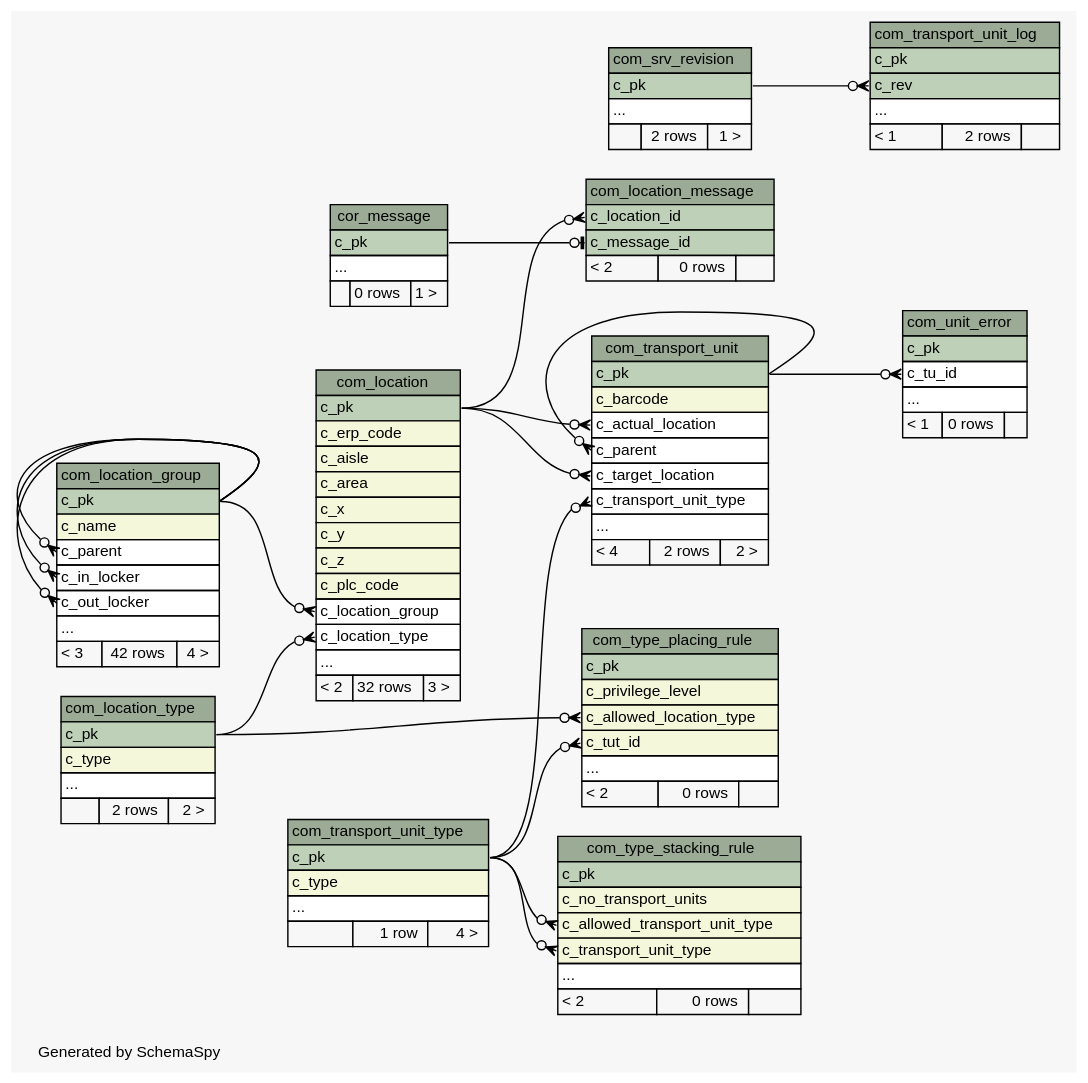
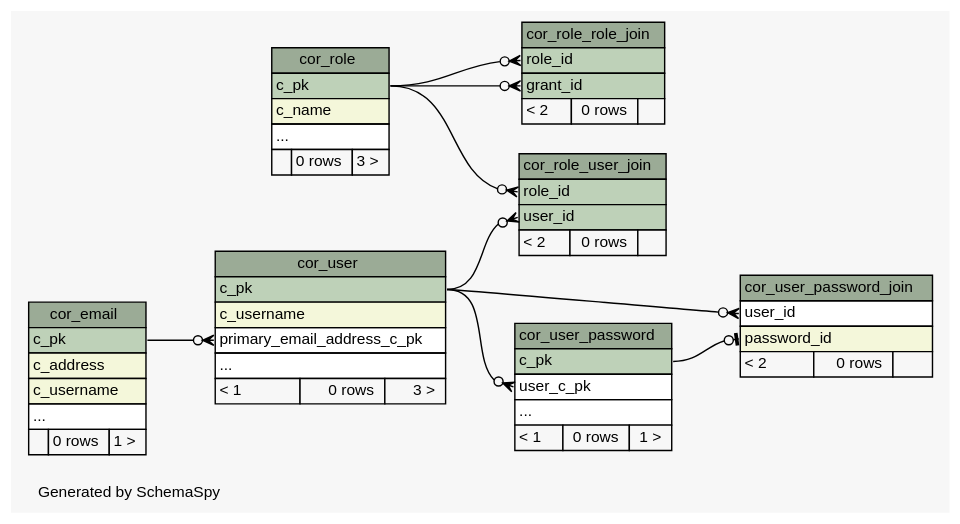
One commit to openwms/org.openwms.core.uaa changed the diagram in schemaspy/diagrams/summary/relationships.real.compact.dot. Above: the diagram before and after it, drawn with Graphviz. The commit also changed 371 other files, not shown here.

```diff
--- a/schemaspy/diagrams/summary/relationships.real.compact.dot
+++ b/schemaspy/diagrams/summary/relationships.real.compact.dot
@@ -1,4 +1,4 @@
-// dot 2.40.1 on Mac OS X 10.14.6
+// dot 2.36.0 on Linux 4.4.0-101-generic
 // SchemaSpy rev Unknown
 digraph "compactRelationshipsDiagram" {
   graph [
@@ -19,181 +19,95 @@
   edge [
     arrowsize="0.8"
   ];
-  "com_location" [
+  "cor_email" [
     label=<
     <TABLE BORDER="0" CELLBORDER="1" CELLSPACING="0" BGCOLOR="#ffffff">
-      <TR><TD COLSPAN="3" BGCOLOR="#9bab96" ALIGN="CENTER">com_location</TD></TR>
+      <TR><TD COLSPAN="3" BGCOLOR="#9bab96" ALIGN="CENTER">cor_email</TD></TR>
       <TR><TD PORT="c_pk" COLSPAN="3" BGCOLOR="#bed1b8" ALIGN="LEFT">c_pk</TD></TR>
-      <TR><TD PORT="c_erp_code" COLSPAN="3" BGCOLOR="#f4f7da" ALIGN="LEFT">c_erp_code</TD></TR>
-      <TR><TD PORT="c_aisle" COLSPAN="3" BGCOLOR="#f4f7da" ALIGN="LEFT">c_aisle</TD></TR>
-      <TR><TD PORT="c_area" COLSPAN="3" BGCOLOR="#f4f7da" ALIGN="LEFT">c_area</TD></TR>
-      <TR><TD PORT="c_x" COLSPAN="3" BGCOLOR="#f4f7da" ALIGN="LEFT">c_x</TD></TR>
-      <TR><TD PORT="c_y" COLSPAN="3" BGCOLOR="#f4f7da" ALIGN="LEFT">c_y</TD></TR>
-      <TR><TD PORT="c_z" COLSPAN="3" BGCOLOR="#f4f7da" ALIGN="LEFT">c_z</TD></TR>
-      <TR><TD PORT="c_plc_code" COLSPAN="3" BGCOLOR="#f4f7da" ALIGN="LEFT">c_plc_code</TD></TR>
-      <TR><TD PORT="c_location_group" COLSPAN="3" ALIGN="LEFT">c_location_group</TD></TR>
-      <TR><TD PORT="c_location_type" COLSPAN="3" ALIGN="LEFT">c_location_type</TD></TR>
-      <TR><TD PORT="elipses" COLSPAN="3" ALIGN="LEFT">...</TD></TR>
-      <TR><TD ALIGN="LEFT" BGCOLOR="#f7f7f7">&lt; 2</TD><TD ALIGN="RIGHT" BGCOLOR="#f7f7f7">32 rows</TD><TD ALIGN="RIGHT" BGCOLOR="#f7f7f7">3 &gt;</TD></TR>
-    </TABLE>>
-    URL="tables/com_location.html"
-    tooltip="com_location"
-  ];
-  "com_location_group" [
-    label=<
-    <TABLE BORDER="0" CELLBORDER="1" CELLSPACING="0" BGCOLOR="#ffffff">
-      <TR><TD COLSPAN="3" BGCOLOR="#9bab96" ALIGN="CENTER">com_location_group</TD></TR>
-      <TR><TD PORT="c_pk" COLSPAN="3" BGCOLOR="#bed1b8" ALIGN="LEFT">c_pk</TD></TR>
-      <TR><TD PORT="c_name" COLSPAN="3" BGCOLOR="#f4f7da" ALIGN="LEFT">c_name</TD></TR>
-      <TR><TD PORT="c_parent" COLSPAN="3" ALIGN="LEFT">c_parent</TD></TR>
-      <TR><TD PORT="c_in_locker" COLSPAN="3" ALIGN="LEFT">c_in_locker</TD></TR>
-      <TR><TD PORT="c_out_locker" COLSPAN="3" ALIGN="LEFT">c_out_locker</TD></TR>
-      <TR><TD PORT="elipses" COLSPAN="3" ALIGN="LEFT">...</TD></TR>
-      <TR><TD ALIGN="LEFT" BGCOLOR="#f7f7f7">&lt; 3</TD><TD ALIGN="RIGHT" BGCOLOR="#f7f7f7">42 rows</TD><TD ALIGN="RIGHT" BGCOLOR="#f7f7f7">4 &gt;</TD></TR>
-    </TABLE>>
-    URL="tables/com_location_group.html"
-    tooltip="com_location_group"
-  ];
-  "com_location_message" [
-    label=<
-    <TABLE BORDER="0" CELLBORDER="1" CELLSPACING="0" BGCOLOR="#ffffff">
-      <TR><TD COLSPAN="3" BGCOLOR="#9bab96" ALIGN="CENTER">com_location_message</TD></TR>
-      <TR><TD PORT="c_location_id" COLSPAN="3" BGCOLOR="#bed1b8" ALIGN="LEFT">c_location_id</TD></TR>
-      <TR><TD PORT="c_message_id" COLSPAN="3" BGCOLOR="#bed1b8" ALIGN="LEFT">c_message_id</TD></TR>
-      <TR><TD ALIGN="LEFT" BGCOLOR="#f7f7f7">&lt; 2</TD><TD ALIGN="RIGHT" BGCOLOR="#f7f7f7">0 rows</TD><TD ALIGN="RIGHT" BGCOLOR="#f7f7f7">  </TD></TR>
-    </TABLE>>
-    URL="tables/com_location_message.html"
-    tooltip="com_location_message"
-  ];
-  "com_location_type" [
-    label=<
-    <TABLE BORDER="0" CELLBORDER="1" CELLSPACING="0" BGCOLOR="#ffffff">
-      <TR><TD COLSPAN="3" BGCOLOR="#9bab96" ALIGN="CENTER">com_location_type</TD></TR>
-      <TR><TD PORT="c_pk" COLSPAN="3" BGCOLOR="#bed1b8" ALIGN="LEFT">c_pk</TD></TR>
-      <TR><TD PORT="c_type" COLSPAN="3" BGCOLOR="#f4f7da" ALIGN="LEFT">c_type</TD></TR>
-      <TR><TD PORT="elipses" COLSPAN="3" ALIGN="LEFT">...</TD></TR>
-      <TR><TD ALIGN="LEFT" BGCOLOR="#f7f7f7">  </TD><TD ALIGN="RIGHT" BGCOLOR="#f7f7f7">2 rows</TD><TD ALIGN="RIGHT" BGCOLOR="#f7f7f7">2 &gt;</TD></TR>
-    </TABLE>>
-    URL="tables/com_location_type.html"
-    tooltip="com_location_type"
-  ];
-  "com_srv_revision" [
-    label=<
-    <TABLE BORDER="0" CELLBORDER="1" CELLSPACING="0" BGCOLOR="#ffffff">
-      <TR><TD COLSPAN="3" BGCOLOR="#9bab96" ALIGN="CENTER">com_srv_revision</TD></TR>
-      <TR><TD PORT="c_pk" COLSPAN="3" BGCOLOR="#bed1b8" ALIGN="LEFT">c_pk</TD></TR>
-      <TR><TD PORT="elipses" COLSPAN="3" ALIGN="LEFT">...</TD></TR>
-      <TR><TD ALIGN="LEFT" BGCOLOR="#f7f7f7">  </TD><TD ALIGN="RIGHT" BGCOLOR="#f7f7f7">2 rows</TD><TD ALIGN="RIGHT" BGCOLOR="#f7f7f7">1 &gt;</TD></TR>
-    </TABLE>>
-    URL="tables/com_srv_revision.html"
-    tooltip="com_srv_revision"
-  ];
-  "com_transport_unit" [
-    label=<
-    <TABLE BORDER="0" CELLBORDER="1" CELLSPACING="0" BGCOLOR="#ffffff">
-      <TR><TD COLSPAN="3" BGCOLOR="#9bab96" ALIGN="CENTER">com_transport_unit</TD></TR>
-      <TR><TD PORT="c_pk" COLSPAN="3" BGCOLOR="#bed1b8" ALIGN="LEFT">c_pk</TD></TR>
-      <TR><TD PORT="c_barcode" COLSPAN="3" BGCOLOR="#f4f7da" ALIGN="LEFT">c_barcode</TD></TR>
-      <TR><TD PORT="c_actual_location" COLSPAN="3" ALIGN="LEFT">c_actual_location</TD></TR>
-      <TR><TD PORT="c_parent" COLSPAN="3" ALIGN="LEFT">c_parent</TD></TR>
-      <TR><TD PORT="c_target_location" COLSPAN="3" ALIGN="LEFT">c_target_location</TD></TR>
-      <TR><TD PORT="c_transport_unit_type" COLSPAN="3" ALIGN="LEFT">c_transport_unit_type</TD></TR>
-      <TR><TD PORT="elipses" COLSPAN="3" ALIGN="LEFT">...</TD></TR>
-      <TR><TD ALIGN="LEFT" BGCOLOR="#f7f7f7">&lt; 4</TD><TD ALIGN="RIGHT" BGCOLOR="#f7f7f7">2 rows</TD><TD ALIGN="RIGHT" BGCOLOR="#f7f7f7">2 &gt;</TD></TR>
-    </TABLE>>
-    URL="tables/com_transport_unit.html"
-    tooltip="com_transport_unit"
-  ];
-  "com_transport_unit_log" [
-    label=<
-    <TABLE BORDER="0" CELLBORDER="1" CELLSPACING="0" BGCOLOR="#ffffff">
-      <TR><TD COLSPAN="3" BGCOLOR="#9bab96" ALIGN="CENTER">com_transport_unit_log</TD></TR>
-      <TR><TD PORT="c_pk" COLSPAN="3" BGCOLOR="#bed1b8" ALIGN="LEFT">c_pk</TD></TR>
-      <TR><TD PORT="c_rev" COLSPAN="3" BGCOLOR="#bed1b8" ALIGN="LEFT">c_rev</TD></TR>
-      <TR><TD PORT="elipses" COLSPAN="3" ALIGN="LEFT">...</TD></TR>
-      <TR><TD ALIGN="LEFT" BGCOLOR="#f7f7f7">&lt; 1</TD><TD ALIGN="RIGHT" BGCOLOR="#f7f7f7">2 rows</TD><TD ALIGN="RIGHT" BGCOLOR="#f7f7f7">  </TD></TR>
-    </TABLE>>
-    URL="tables/com_transport_unit_log.html"
-    tooltip="com_transport_unit_log"
-  ];
-  "com_transport_unit_type" [
-    label=<
-    <TABLE BORDER="0" CELLBORDER="1" CELLSPACING="0" BGCOLOR="#ffffff">
-      <TR><TD COLSPAN="3" BGCOLOR="#9bab96" ALIGN="CENTER">com_transport_unit_type</TD></TR>
-      <TR><TD PORT="c_pk" COLSPAN="3" BGCOLOR="#bed1b8" ALIGN="LEFT">c_pk</TD></TR>
-      <TR><TD PORT="c_type" COLSPAN="3" BGCOLOR="#f4f7da" ALIGN="LEFT">c_type</TD></TR>
-      <TR><TD PORT="elipses" COLSPAN="3" ALIGN="LEFT">...</TD></TR>
-      <TR><TD ALIGN="LEFT" BGCOLOR="#f7f7f7">  </TD><TD ALIGN="RIGHT" BGCOLOR="#f7f7f7">1 row</TD><TD ALIGN="RIGHT" BGCOLOR="#f7f7f7">4 &gt;</TD></TR>
-    </TABLE>>
-    URL="tables/com_transport_unit_type.html"
-    tooltip="com_transport_unit_type"
-  ];
-  "com_type_placing_rule" [
-    label=<
-    <TABLE BORDER="0" CELLBORDER="1" CELLSPACING="0" BGCOLOR="#ffffff">
-      <TR><TD COLSPAN="3" BGCOLOR="#9bab96" ALIGN="CENTER">com_type_placing_rule</TD></TR>
-      <TR><TD PORT="c_pk" COLSPAN="3" BGCOLOR="#bed1b8" ALIGN="LEFT">c_pk</TD></TR>
-      <TR><TD PORT="c_privilege_level" COLSPAN="3" BGCOLOR="#f4f7da" ALIGN="LEFT">c_privilege_level</TD></TR>
-      <TR><TD PORT="c_allowed_location_type" COLSPAN="3" BGCOLOR="#f4f7da" ALIGN="LEFT">c_allowed_location_type</TD></TR>
-      <TR><TD PORT="c_tut_id" COLSPAN="3" BGCOLOR="#f4f7da" ALIGN="LEFT">c_tut_id</TD></TR>
-      <TR><TD PORT="elipses" COLSPAN="3" ALIGN="LEFT">...</TD></TR>
-      <TR><TD ALIGN="LEFT" BGCOLOR="#f7f7f7">&lt; 2</TD><TD ALIGN="RIGHT" BGCOLOR="#f7f7f7">0 rows</TD><TD ALIGN="RIGHT" BGCOLOR="#f7f7f7">  </TD></TR>
-    </TABLE>>
-    URL="tables/com_type_placing_rule.html"
-    tooltip="com_type_placing_rule"
-  ];
-  "com_type_stacking_rule" [
-    label=<
-    <TABLE BORDER="0" CELLBORDER="1" CELLSPACING="0" BGCOLOR="#ffffff">
-      <TR><TD COLSPAN="3" BGCOLOR="#9bab96" ALIGN="CENTER">com_type_stacking_rule</TD></TR>
-      <TR><TD PORT="c_pk" COLSPAN="3" BGCOLOR="#bed1b8" ALIGN="LEFT">c_pk</TD></TR>
-      <TR><TD PORT="c_no_transport_units" COLSPAN="3" BGCOLOR="#f4f7da" ALIGN="LEFT">c_no_transport_units</TD></TR>
-      <TR><TD PORT="c_allowed_transport_unit_type" COLSPAN="3" BGCOLOR="#f4f7da" ALIGN="LEFT">c_allowed_transport_unit_type</TD></TR>
-      <TR><TD PORT="c_transport_unit_type" COLSPAN="3" BGCOLOR="#f4f7da" ALIGN="LEFT">c_transport_unit_type</TD></TR>
-      <TR><TD PORT="elipses" COLSPAN="3" ALIGN="LEFT">...</TD></TR>
-      <TR><TD ALIGN="LEFT" BGCOLOR="#f7f7f7">&lt; 2</TD><TD ALIGN="RIGHT" BGCOLOR="#f7f7f7">0 rows</TD><TD ALIGN="RIGHT" BGCOLOR="#f7f7f7">  </TD></TR>
-    </TABLE>>
-    URL="tables/com_type_stacking_rule.html"
-    tooltip="com_type_stacking_rule"
-  ];
-  "com_unit_error" [
-    label=<
-    <TABLE BORDER="0" CELLBORDER="1" CELLSPACING="0" BGCOLOR="#ffffff">
-      <TR><TD COLSPAN="3" BGCOLOR="#9bab96" ALIGN="CENTER">com_unit_error</TD></TR>
-      <TR><TD PORT="c_pk" COLSPAN="3" BGCOLOR="#bed1b8" ALIGN="LEFT">c_pk</TD></TR>
-      <TR><TD PORT="c_tu_id" COLSPAN="3" ALIGN="LEFT">c_tu_id</TD></TR>
-      <TR><TD PORT="elipses" COLSPAN="3" ALIGN="LEFT">...</TD></TR>
-      <TR><TD ALIGN="LEFT" BGCOLOR="#f7f7f7">&lt; 1</TD><TD ALIGN="RIGHT" BGCOLOR="#f7f7f7">0 rows</TD><TD ALIGN="RIGHT" BGCOLOR="#f7f7f7">  </TD></TR>
-    </TABLE>>
-    URL="tables/com_unit_error.html"
-    tooltip="com_unit_error"
-  ];
-  "cor_message" [
-    label=<
-    <TABLE BORDER="0" CELLBORDER="1" CELLSPACING="0" BGCOLOR="#ffffff">
-      <TR><TD COLSPAN="3" BGCOLOR="#9bab96" ALIGN="CENTER">cor_message</TD></TR>
-      <TR><TD PORT="c_pk" COLSPAN="3" BGCOLOR="#bed1b8" ALIGN="LEFT">c_pk</TD></TR>
+      <TR><TD PORT="c_address" COLSPAN="3" BGCOLOR="#f4f7da" ALIGN="LEFT">c_address</TD></TR>
+      <TR><TD PORT="c_username" COLSPAN="3" BGCOLOR="#f4f7da" ALIGN="LEFT">c_username</TD></TR>
       <TR><TD PORT="elipses" COLSPAN="3" ALIGN="LEFT">...</TD></TR>
       <TR><TD ALIGN="LEFT" BGCOLOR="#f7f7f7">  </TD><TD ALIGN="RIGHT" BGCOLOR="#f7f7f7">0 rows</TD><TD ALIGN="RIGHT" BGCOLOR="#f7f7f7">1 &gt;</TD></TR>
     </TABLE>>
-    URL="tables/cor_message.html"
-    tooltip="cor_message"
+    URL="tables/cor_email.html"
+    tooltip="cor_email"
   ];
-  "com_location":"c_location_group":w -> "com_location_group":"c_pk":e [arrowhead=none dir=back arrowtail=crowodot];
-  "com_location":"c_location_type":w -> "com_location_type":"c_pk":e [arrowhead=none dir=back arrowtail=crowodot];
-  "com_location_group":"c_in_locker":w -> "com_location_group":"c_pk":e [arrowhead=none dir=back arrowtail=crowodot];
-  "com_location_group":"c_out_locker":w -> "com_location_group":"c_pk":e [arrowhead=none dir=back arrowtail=crowodot];
-  "com_location_group":"c_parent":w -> "com_location_group":"c_pk":e [arrowhead=none dir=back arrowtail=crowodot];
-  "com_location_message":"c_location_id":w -> "com_location":"c_pk":e [arrowhead=none dir=back arrowtail=crowodot];
-  "com_location_message":"c_message_id":w -> "cor_message":"c_pk":e [arrowhead=none dir=back arrowtail=teeodot];
-  "com_transport_unit":"c_actual_location":w -> "com_location":"c_pk":e [arrowhead=none dir=back arrowtail=crowodot];
-  "com_transport_unit":"c_parent":w -> "com_transport_unit":"c_pk":e [arrowhead=none dir=back arrowtail=crowodot];
-  "com_transport_unit":"c_target_location":w -> "com_location":"c_pk":e [arrowhead=none dir=back arrowtail=crowodot];
-  "com_transport_unit":"c_transport_unit_type":w -> "com_transport_unit_type":"c_pk":e [arrowhead=none dir=back arrowtail=crowodot];
-  "com_transport_unit_log":"c_rev":w -> "com_srv_revision":"c_pk":e [arrowhead=none dir=back arrowtail=crowodot];
-  "com_type_placing_rule":"c_allowed_location_type":w -> "com_location_type":"c_pk":e [arrowhead=none dir=back arrowtail=crowodot];
-  "com_type_placing_rule":"c_tut_id":w -> "com_transport_unit_type":"c_pk":e [arrowhead=none dir=back arrowtail=crowodot];
-  "com_type_stacking_rule":"c_allowed_transport_unit_type":w -> "com_transport_unit_type":"c_pk":e [arrowhead=none dir=back arrowtail=crowodot];
-  "com_type_stacking_rule":"c_transport_unit_type":w -> "com_transport_unit_type":"c_pk":e [arrowhead=none dir=back arrowtail=crowodot];
-  "com_unit_error":"c_tu_id":w -> "com_transport_unit":"c_pk":e [arrowhead=none dir=back arrowtail=crowodot];
+  "cor_role" [
+    label=<
+    <TABLE BORDER="0" CELLBORDER="1" CELLSPACING="0" BGCOLOR="#ffffff">
+      <TR><TD COLSPAN="3" BGCOLOR="#9bab96" ALIGN="CENTER">cor_role</TD></TR>
+      <TR><TD PORT="c_pk" COLSPAN="3" BGCOLOR="#bed1b8" ALIGN="LEFT">c_pk</TD></TR>
+      <TR><TD PORT="c_name" COLSPAN="3" BGCOLOR="#f4f7da" ALIGN="LEFT">c_name</TD></TR>
+      <TR><TD PORT="elipses" COLSPAN="3" ALIGN="LEFT">...</TD></TR>
+      <TR><TD ALIGN="LEFT" BGCOLOR="#f7f7f7">  </TD><TD ALIGN="RIGHT" BGCOLOR="#f7f7f7">0 rows</TD><TD ALIGN="RIGHT" BGCOLOR="#f7f7f7">3 &gt;</TD></TR>
+    </TABLE>>
+    URL="tables/cor_role.html"
+    tooltip="cor_role"
+  ];
+  "cor_role_role_join" [
+    label=<
+    <TABLE BORDER="0" CELLBORDER="1" CELLSPACING="0" BGCOLOR="#ffffff">
+      <TR><TD COLSPAN="3" BGCOLOR="#9bab96" ALIGN="CENTER">cor_role_role_join</TD></TR>
+      <TR><TD PORT="role_id" COLSPAN="3" BGCOLOR="#bed1b8" ALIGN="LEFT">role_id</TD></TR>
+      <TR><TD PORT="grant_id" COLSPAN="3" BGCOLOR="#bed1b8" ALIGN="LEFT">grant_id</TD></TR>
+      <TR><TD ALIGN="LEFT" BGCOLOR="#f7f7f7">&lt; 2</TD><TD ALIGN="RIGHT" BGCOLOR="#f7f7f7">0 rows</TD><TD ALIGN="RIGHT" BGCOLOR="#f7f7f7">  </TD></TR>
+    </TABLE>>
+    URL="tables/cor_role_role_join.html"
+    tooltip="cor_role_role_join"
+  ];
+  "cor_role_user_join" [
+    label=<
+    <TABLE BORDER="0" CELLBORDER="1" CELLSPACING="0" BGCOLOR="#ffffff">
+      <TR><TD COLSPAN="3" BGCOLOR="#9bab96" ALIGN="CENTER">cor_role_user_join</TD></TR>
+      <TR><TD PORT="role_id" COLSPAN="3" BGCOLOR="#bed1b8" ALIGN="LEFT">role_id</TD></TR>
+      <TR><TD PORT="user_id" COLSPAN="3" BGCOLOR="#bed1b8" ALIGN="LEFT">user_id</TD></TR>
+      <TR><TD ALIGN="LEFT" BGCOLOR="#f7f7f7">&lt; 2</TD><TD ALIGN="RIGHT" BGCOLOR="#f7f7f7">0 rows</TD><TD ALIGN="RIGHT" BGCOLOR="#f7f7f7">  </TD></TR>
+    </TABLE>>
+    URL="tables/cor_role_user_join.html"
+    tooltip="cor_role_user_join"
+  ];
+  "cor_user" [
+    label=<
+    <TABLE BORDER="0" CELLBORDER="1" CELLSPACING="0" BGCOLOR="#ffffff">
+      <TR><TD COLSPAN="3" BGCOLOR="#9bab96" ALIGN="CENTER">cor_user</TD></TR>
+      <TR><TD PORT="c_pk" COLSPAN="3" BGCOLOR="#bed1b8" ALIGN="LEFT">c_pk</TD></TR>
+      <TR><TD PORT="c_username" COLSPAN="3" BGCOLOR="#f4f7da" ALIGN="LEFT">c_username</TD></TR>
+      <TR><TD PORT="primary_email_address_c_pk" COLSPAN="3" ALIGN="LEFT">primary_email_address_c_pk</TD></TR>
+      <TR><TD PORT="elipses" COLSPAN="3" ALIGN="LEFT">...</TD></TR>
+      <TR><TD ALIGN="LEFT" BGCOLOR="#f7f7f7">&lt; 1</TD><TD ALIGN="RIGHT" BGCOLOR="#f7f7f7">0 rows</TD><TD ALIGN="RIGHT" BGCOLOR="#f7f7f7">3 &gt;</TD></TR>
+    </TABLE>>
+    URL="tables/cor_user.html"
+    tooltip="cor_user"
+  ];
+  "cor_user_password" [
+    label=<
+    <TABLE BORDER="0" CELLBORDER="1" CELLSPACING="0" BGCOLOR="#ffffff">
+      <TR><TD COLSPAN="3" BGCOLOR="#9bab96" ALIGN="CENTER">cor_user_password</TD></TR>
+      <TR><TD PORT="c_pk" COLSPAN="3" BGCOLOR="#bed1b8" ALIGN="LEFT">c_pk</TD></TR>
+      <TR><TD PORT="user_c_pk" COLSPAN="3" ALIGN="LEFT">user_c_pk</TD></TR>
+      <TR><TD PORT="elipses" COLSPAN="3" ALIGN="LEFT">...</TD></TR>
+      <TR><TD ALIGN="LEFT" BGCOLOR="#f7f7f7">&lt; 1</TD><TD ALIGN="RIGHT" BGCOLOR="#f7f7f7">0 rows</TD><TD ALIGN="RIGHT" BGCOLOR="#f7f7f7">1 &gt;</TD></TR>
+    </TABLE>>
+    URL="tables/cor_user_password.html"
+    tooltip="cor_user_password"
+  ];
+  "cor_user_password_join" [
+    label=<
+    <TABLE BORDER="0" CELLBORDER="1" CELLSPACING="0" BGCOLOR="#ffffff">
+      <TR><TD COLSPAN="3" BGCOLOR="#9bab96" ALIGN="CENTER">cor_user_password_join</TD></TR>
+      <TR><TD PORT="user_id" COLSPAN="3" ALIGN="LEFT">user_id</TD></TR>
+      <TR><TD PORT="password_id" COLSPAN="3" BGCOLOR="#f4f7da" ALIGN="LEFT">password_id</TD></TR>
+      <TR><TD ALIGN="LEFT" BGCOLOR="#f7f7f7">&lt; 2</TD><TD ALIGN="RIGHT" BGCOLOR="#f7f7f7">0 rows</TD><TD ALIGN="RIGHT" BGCOLOR="#f7f7f7">  </TD></TR>
+    </TABLE>>
+    URL="tables/cor_user_password_join.html"
+    tooltip="cor_user_password_join"
+  ];
+  "cor_role_role_join":"grant_id":w -> "cor_role":"c_pk":e [arrowhead=none dir=back arrowtail=crowodot];
+  "cor_role_role_join":"role_id":w -> "cor_role":"c_pk":e [arrowhead=none dir=back arrowtail=crowodot];
+  "cor_role_user_join":"role_id":w -> "cor_role":"c_pk":e [arrowhead=none dir=back arrowtail=crowodot];
+  "cor_role_user_join":"user_id":w -> "cor_user":"c_pk":e [arrowhead=none dir=back arrowtail=crowodot];
+  "cor_user":"primary_email_address_c_pk":w -> "cor_email":"c_pk":e [arrowhead=none dir=back arrowtail=crowodot];
+  "cor_user_password":"user_c_pk":w -> "cor_user":"c_pk":e [arrowhead=none dir=back arrowtail=crowodot];
+  "cor_user_password_join":"password_id":w -> "cor_user_password":"c_pk":e [arrowhead=none dir=back arrowtail=teeodot];
+  "cor_user_password_join":"user_id":w -> "cor_user":"c_pk":e [arrowhead=none dir=back arrowtail=crowodot];
 }
```
